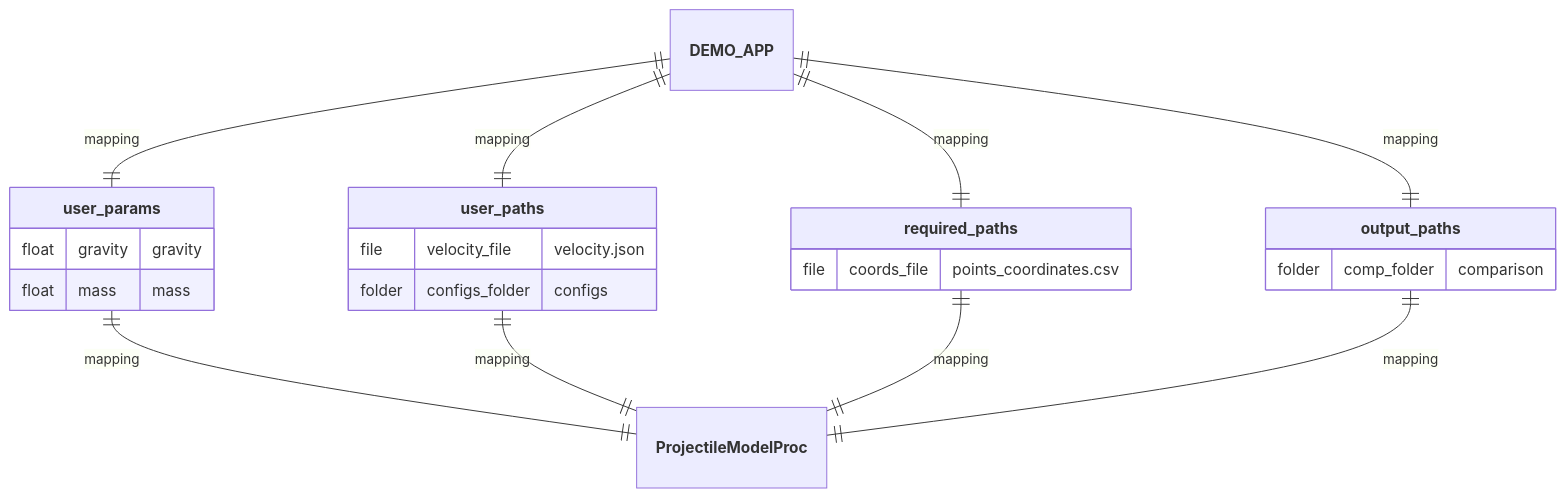
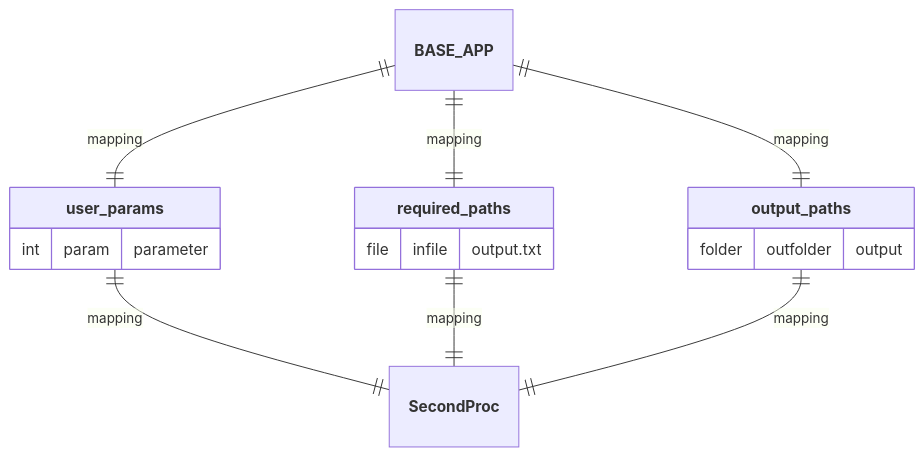
One commit to nuremics/nuremics-labs changed the third of 6 diagrams in src/labs/apps/general/BASE_APP/README.md. Above: the diagram before and after it, drawn with Mermaid. The commit also changed other lines of this file and 2 other files, not shown here.

Commit message:
update BASE_APP README

````diff
--- a/src/labs/apps/general/BASE_APP/README.md
+++ b/src/labs/apps/general/BASE_APP/README.md
@@ -75,26 +48,19 @@
 ```mermaid
 erDiagram
-  **DEMO_APP** ||--|| **user_params** : mapping
-  **DEMO_APP** ||--|| **user_paths** : mapping
-  **DEMO_APP** ||--|| **required_paths** : mapping
-  **DEMO_APP** ||--|| **output_paths** : mapping
-  **user_params** ||--|| **ProjectileModelProc** : mapping
-  **user_paths** ||--|| **ProjectileModelProc** : mapping
-  **required_paths** ||--|| **ProjectileModelProc** : mapping
-  **output_paths** ||--|| **ProjectileModelProc** : mapping
+  **BASE_APP** ||--|| **user_params** : mapping
+  **BASE_APP** ||--|| **required_paths** : mapping
+  **BASE_APP** ||--|| **output_paths** : mapping
+  **user_params** ||--|| **SecondProc** : mapping
+  **required_paths** ||--|| **SecondProc** : mapping
+  **output_paths** ||--|| **SecondProc** : mapping
 
   **user_params** {
-    float gravity "gravity"   
-    float mass "mass"
-  }
-  **user_paths** {
-    file velocity_file "velocity.json"
-    folder configs_folder "configs"
+    int param "parameter"   
   }
   **required_paths** {
-    file coords_file "points_coordinates.csv"
+    file infile "output.txt"
   }
   **output_paths** {
-    folder comp_folder "comparison"
+    folder outfolder "output"
   }
 ```
````
